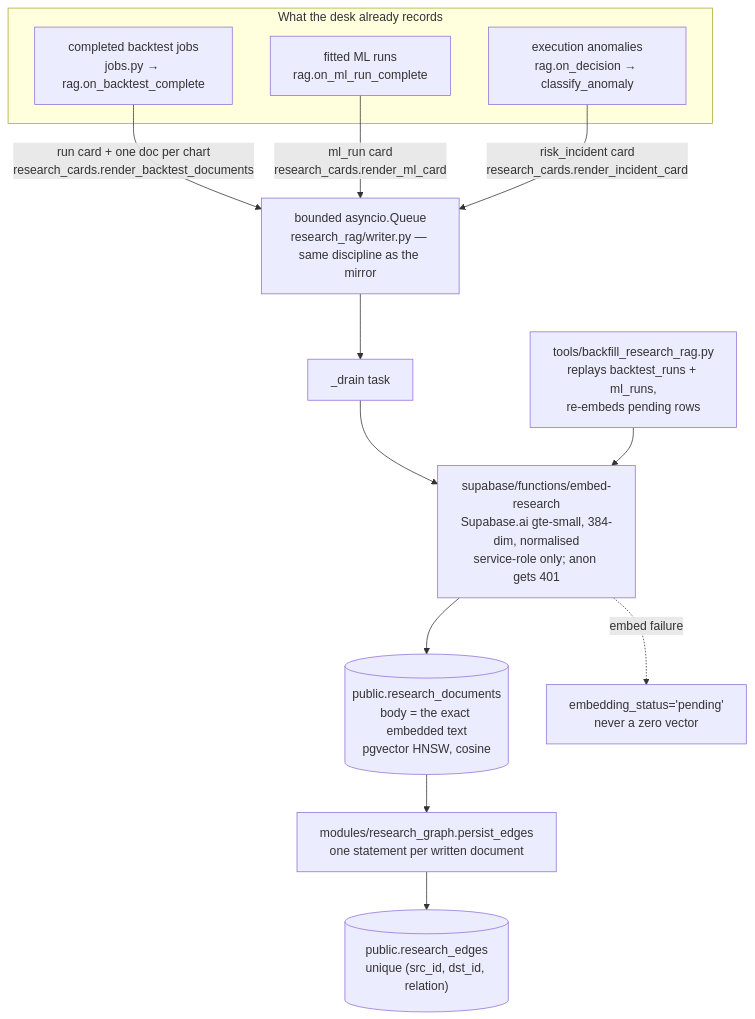
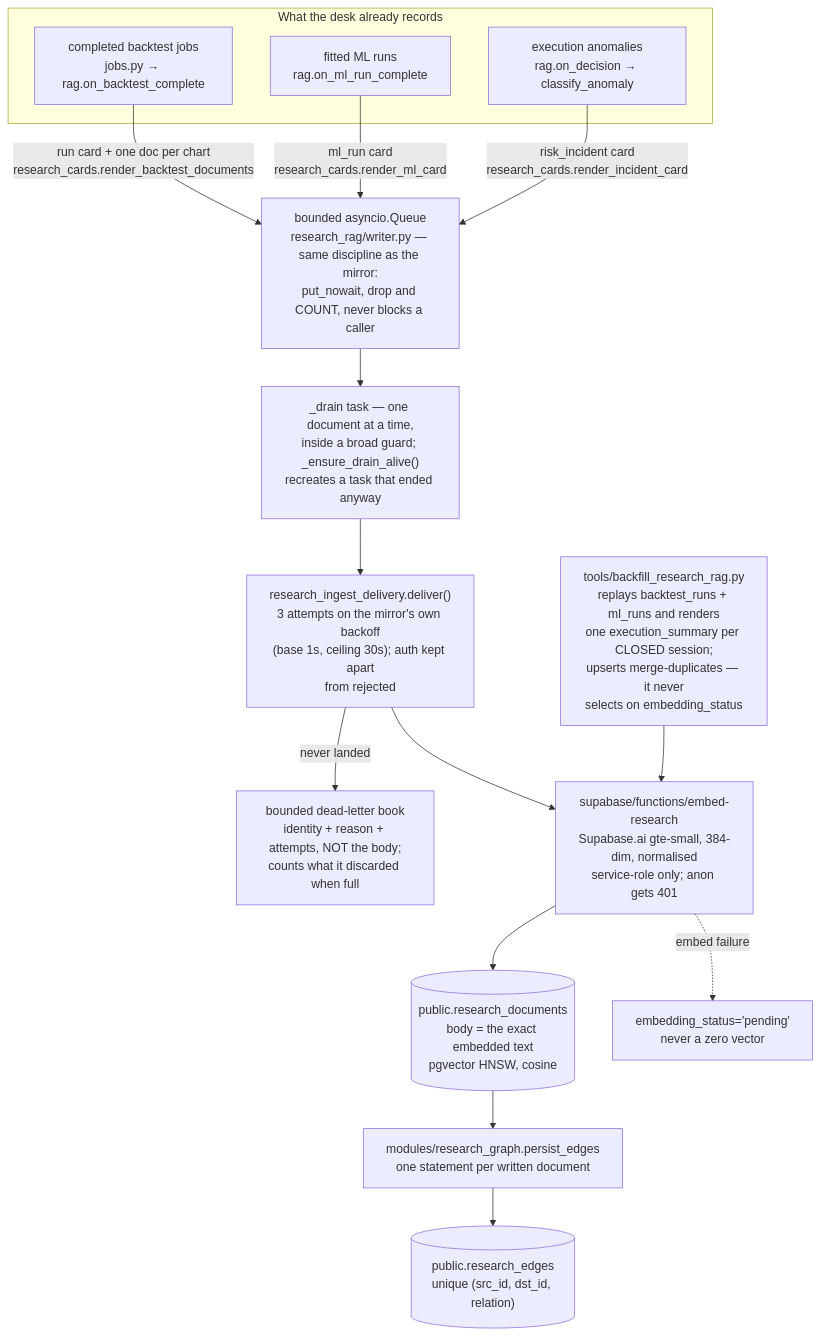
Before and after one commit to Manutd1234/AlphaEngine: the second of 2 diagrams in docs/architecture/DATA_PROCESSING_FLOW.md, drawn with Mermaid. The commit also changed other lines of this file and 15 other files, not shown here.

````diff
--- a/docs/architecture/DATA_PROCESSING_FLOW.md
+++ b/docs/architecture/DATA_PROCESSING_FLOW.md
@@ -191,19 +191,21 @@
 ```mermaid
 flowchart TD
     subgraph sources [What the desk already records]
         BT["completed backtest jobs<br/>jobs.py → rag.on_backtest_complete"]
         ML["fitted ML runs<br/>rag.on_ml_run_complete"]
         AN["execution anomalies<br/>rag.on_decision → classify_anomaly"]
     end
     BT -->|"run card + one doc per chart<br/>research_cards.render_backtest_documents"| Q
     ML -->|"ml_run card<br/>research_cards.render_ml_card"| Q
     AN -->|"risk_incident card<br/>research_cards.render_incident_card"| Q
-    Q["bounded asyncio.Queue<br/>research_rag/writer.py — same discipline as the mirror"]
-    Q --> DR["_drain task"]
-    DR --> EF["supabase/functions/embed-research<br/>Supabase.ai gte-small, 384-dim, normalised<br/>service-role only; anon gets 401"]
+    Q["bounded asyncio.Queue<br/>research_rag/writer.py — same discipline as the mirror:<br/>put_nowait, drop and COUNT, never blocks a caller"]
+    Q --> DR["_drain task — one document at a time,<br/>inside a broad guard; _ensure_drain_alive()<br/>recreates a task that ended anyway"]
+    DR --> DEL["research_ingest_delivery.deliver()<br/>3 attempts on the mirror's own backoff<br/>(base 1s, ceiling 30s); auth kept apart<br/>from rejected"]
+    DEL -->|"never landed"| DL["bounded dead-letter book<br/>identity + reason + attempts, NOT the body;<br/>counts what it discarded when full"]
+    DEL --> EF["supabase/functions/embed-research<br/>Supabase.ai gte-small, 384-dim, normalised<br/>service-role only; anon gets 401"]
     EF --> RD[("public.research_documents<br/>body = the exact embedded text<br/>pgvector HNSW, cosine")]
     EF -.->|"embed failure"| PEND["embedding_status='pending'<br/>never a zero vector"]
     RD --> PE["modules/research_graph.persist_edges<br/>one statement per written document"]
     PE --> RE[("public.research_edges<br/>unique (src_id, dst_id, relation)")]
-    BF["tools/backfill_research_rag.py<br/>replays backtest_runs + ml_runs,<br/>re-embeds pending rows"] --> EF
+    BF["tools/backfill_research_rag.py<br/>replays backtest_runs + ml_runs and renders<br/>one execution_summary per CLOSED session;<br/>upserts merge-duplicates — it never<br/>selects on embedding_status"] --> EF
 ```
````
